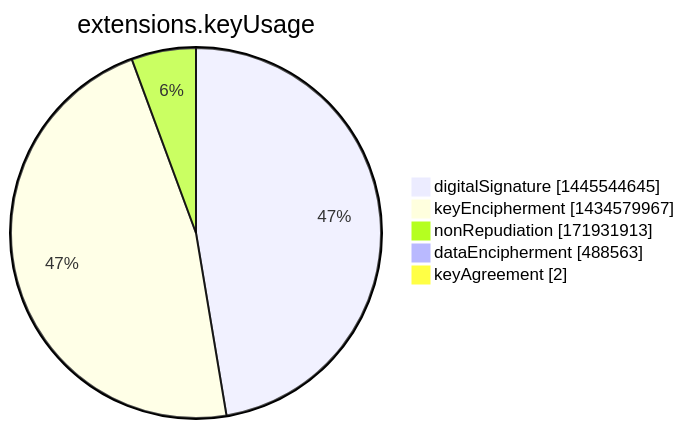
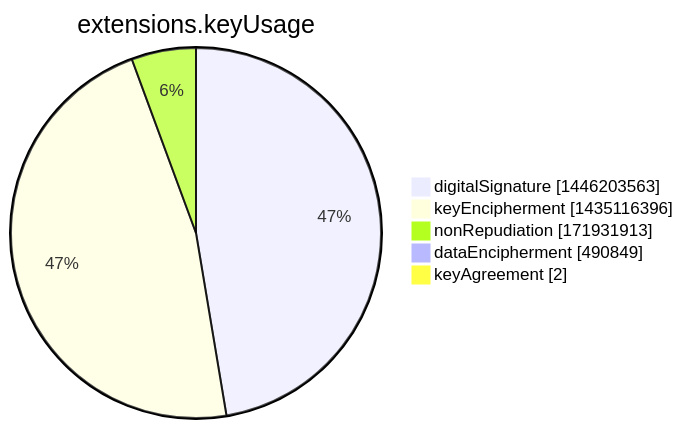
One commit to christiankrug/ctmonitor_visualization changed the seventh of 15 diagrams in argon2022/README.md. Above: the diagram before and after it, drawn with Mermaid. The commit also changed other lines of this file, not shown here.

````diff
--- a/argon2022/README.md
+++ b/argon2022/README.md
@@ -2751,9 +2751,9 @@
 ```mermaid
 pie showData
 title extensions.keyUsage
-"digitalSignature" :1445544645
-"keyEncipherment" :1434579967
+"digitalSignature" :1446203563
+"keyEncipherment" :1435116396
 "nonRepudiation" :171931913
-"dataEncipherment" :488563
+"dataEncipherment" :490849
 "keyAgreement" :2
 ```
````
